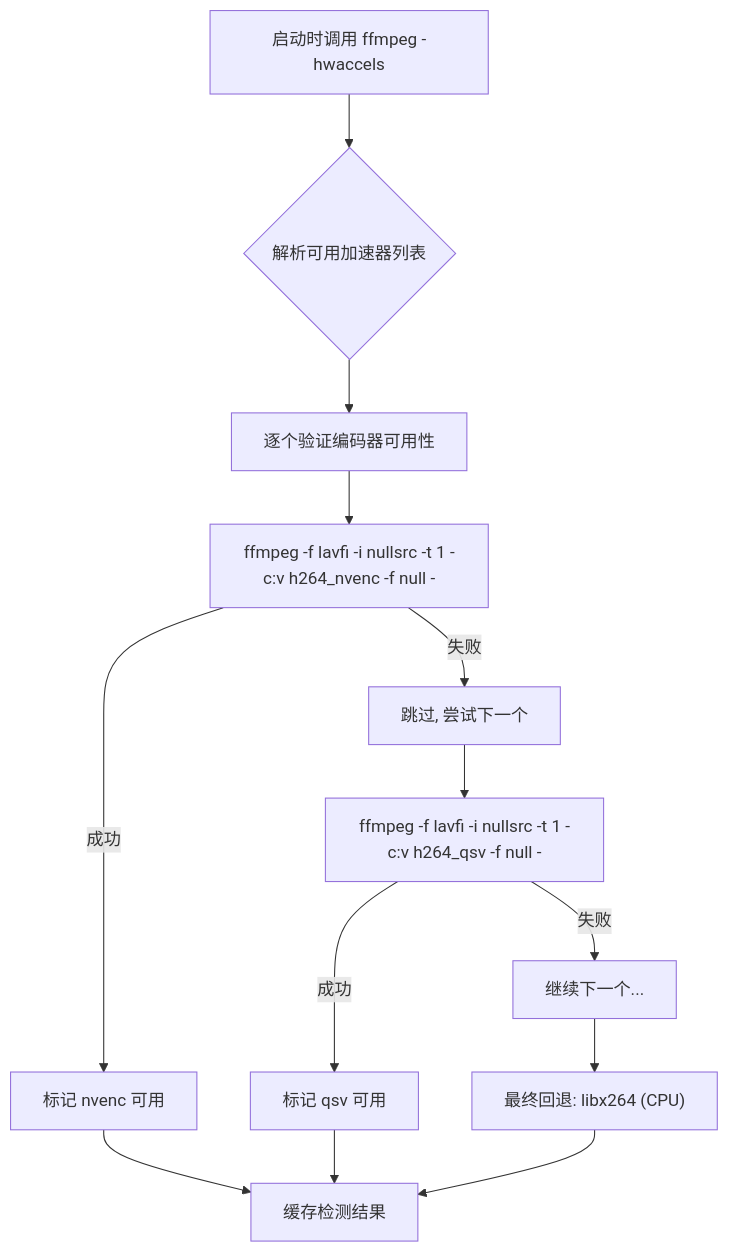
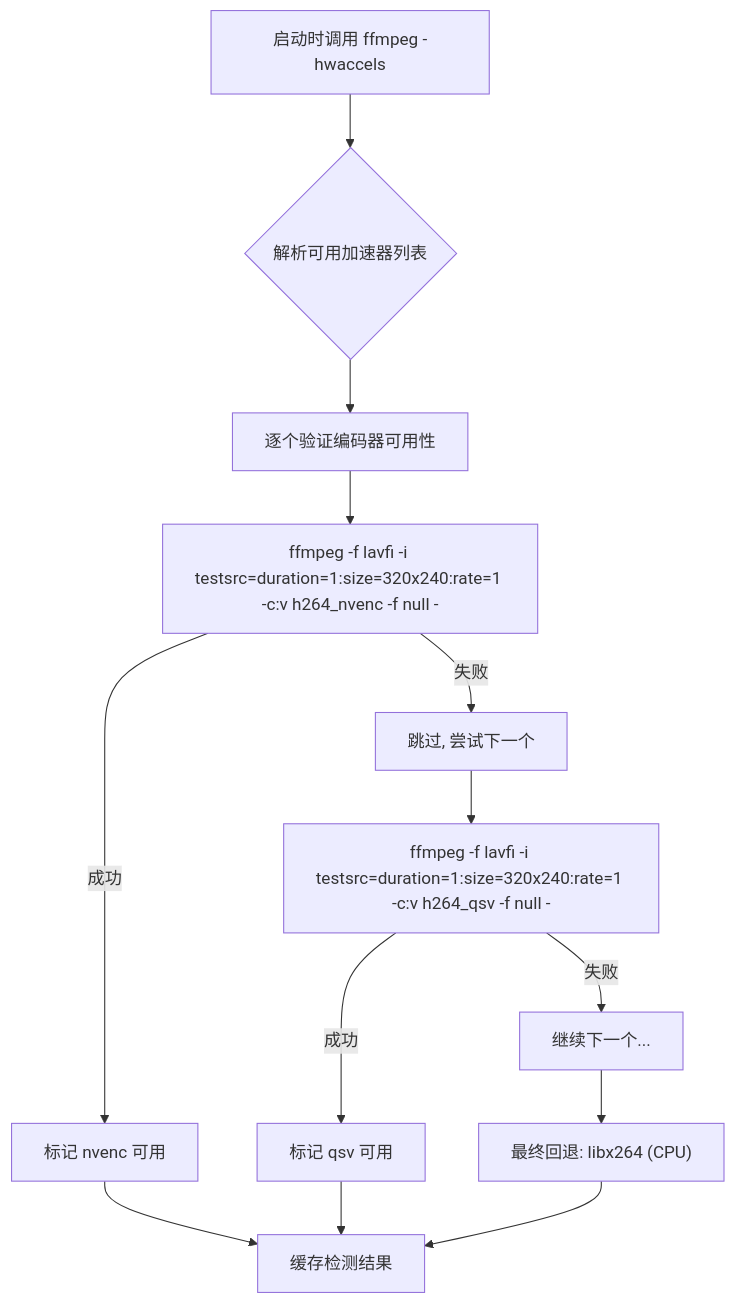
Before and after one commit to blycr/mspr: the second of 3 diagrams in docs/architecture/02-streaming-transcoding.md, drawn with Mermaid. The commit also changed other lines of this file and 19 other files, not shown here.

````diff
--- a/docs/architecture/02-streaming-transcoding.md
+++ b/docs/architecture/02-streaming-transcoding.md
@@ -229,15 +231,15 @@
 ```mermaid
 flowchart TD
     A["启动时调用 ffmpeg -hwaccels"] --> B{"解析可用加速器列表"}
     B --> C["逐个验证编码器可用性"]
-    C --> D["ffmpeg -f lavfi -i nullsrc -t 1 -c:v h264_nvenc -f null -"]
+    C --> D["ffmpeg -f lavfi -i testsrc=duration=1:size=320x240:rate=1 -c:v h264_nvenc -f null -"]
     D -->|成功| E["标记 nvenc 可用"]
     D -->|失败| F["跳过, 尝试下一个"]
-    F --> G["ffmpeg -f lavfi -i nullsrc -t 1 -c:v h264_qsv -f null -"]
+    F --> G["ffmpeg -f lavfi -i testsrc=duration=1:size=320x240:rate=1 -c:v h264_qsv -f null -"]
     G -->|成功| H["标记 qsv 可用"]
     G -->|失败| I["继续下一个..."]
     I --> J["最终回退: libx264 (CPU)"]
     E --> K["缓存检测结果"]
     H --> K
     J --> K
 ```
````
